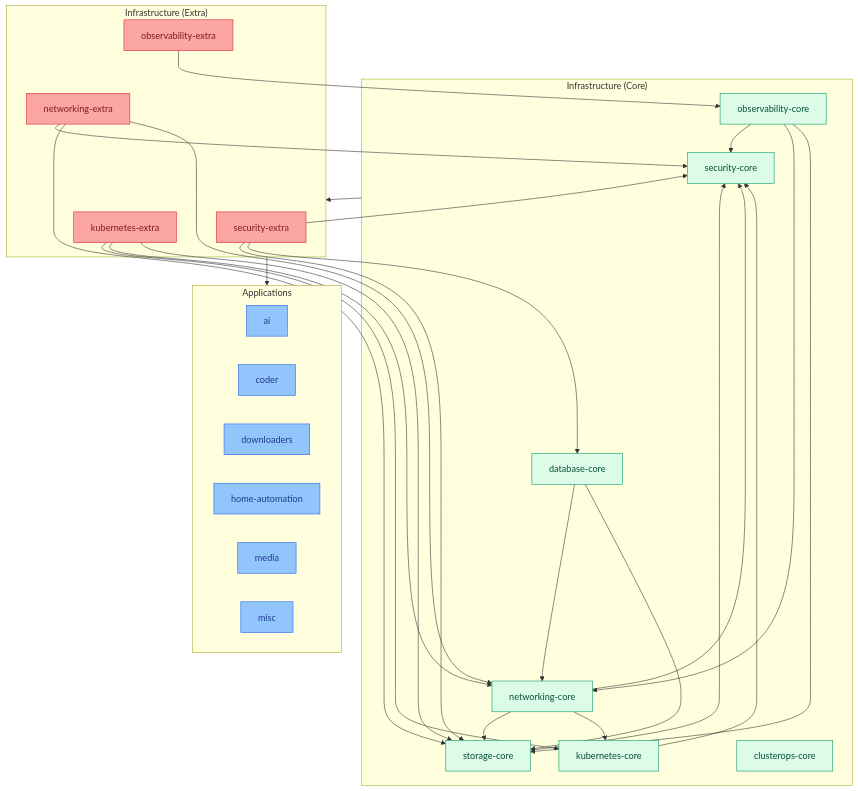
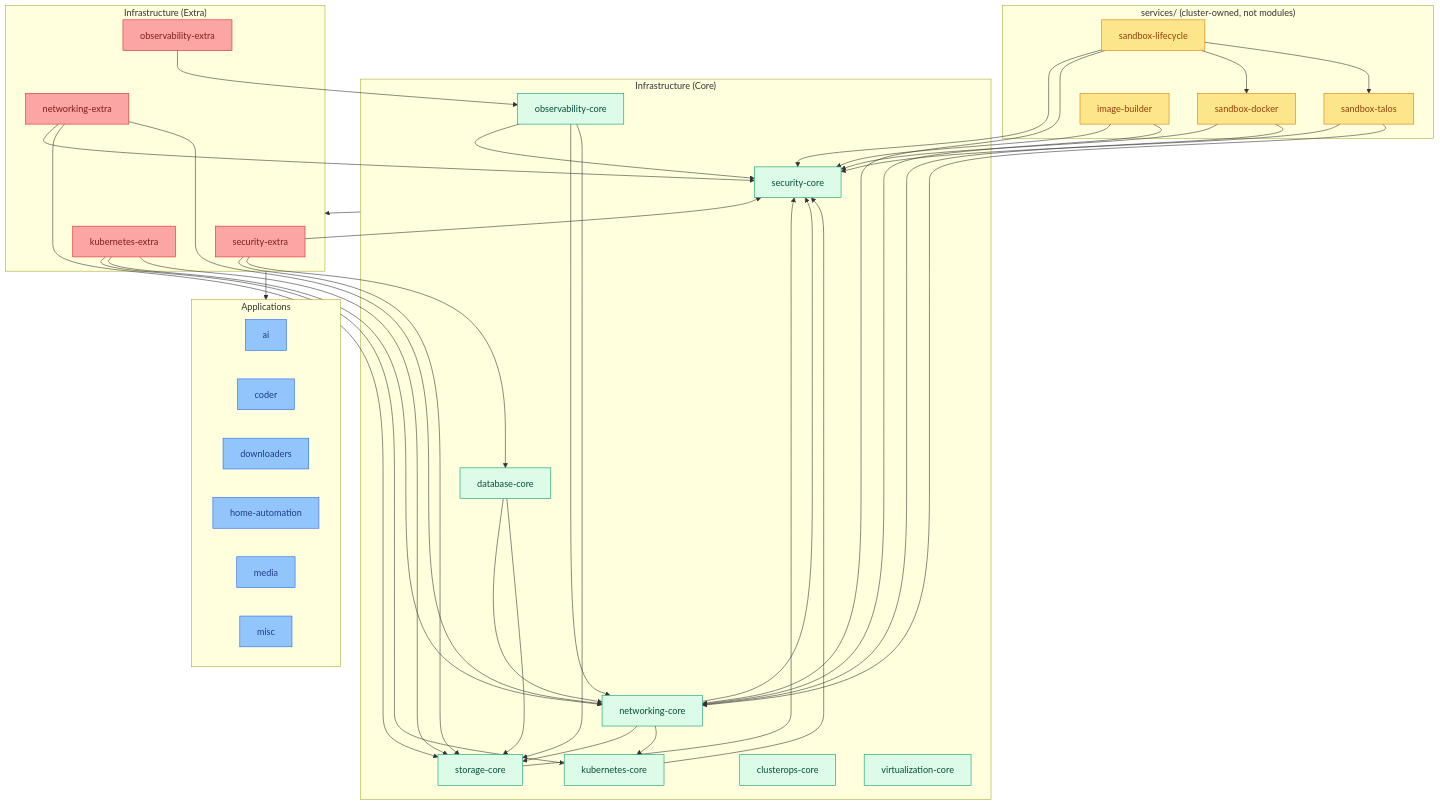
The diagram in clusters/homelab/README.md (ppat/homelab-ops-kubernetes-clusters), drawn with Mermaid before and after one commit. The commit also changed other lines of this file and 3 other files, not shown here.

First line of the commit message:
docs(cluster-homelab): close doc drift from virtualization-core, sandbox, and in-flight rollouts

````diff
--- a/clusters/homelab/README.md
+++ b/clusters/homelab/README.md
@@ -61,45 +66,59 @@
 ```mermaid
 flowchart TB
     classDef core fill:#dcfce7,stroke:#059669,color:#064e3b
     classDef extra fill:#fca5a5,stroke:#dc2626,color:#7f1d1d
     classDef apps fill:#93c5fd,stroke:#2563eb,color:#1e3a8a
+    classDef svc fill:#fde68a,stroke:#d97706,color:#92400e
 
     subgraph Core["Infrastructure (Core)"]
         sec[security-core]:::core
         store[storage-core]:::core
         k8s[kubernetes-core]:::core
         net[networking-core]:::core
         db[database-core]:::core
         obs[observability-core]:::core
         ops[clusterops-core]:::core
+        virt[virtualization-core]:::core
     end
 
     subgraph Extra["Infrastructure (Extra)"]
         secx[security-extra]:::extra
         netx[networking-extra]:::extra
         k8sx[kubernetes-extra]:::extra
         obsx[observability-extra]:::extra
     end
 
     subgraph Apps["Applications"]
         ai:::apps
         coder:::apps
         downloaders:::apps
         homeauto[home-automation]:::apps
         media:::apps
         misc:::apps
     end
 
+    subgraph Owned["services/ (cluster-owned, not modules)"]
+        sboxdocker[sandbox-docker]:::svc
+        sboxtalos[sandbox-talos]:::svc
+        sboxlifecycle[sandbox-lifecycle]:::svc
+        imgbuilder[image-builder]:::svc
+    end
+
     store --> sec
     k8s --> sec
     net --> sec & store & k8s
     db --> net & store
     obs --> sec & net & store
 
     secx --> sec & store & db
     netx --> sec & store & net
     k8sx --> k8s & net & store
     obsx --> obs
 
+    sboxdocker --> sec & net
+    sboxtalos --> sec & net
+    sboxlifecycle --> sec & net & sboxdocker & sboxtalos
+    imgbuilder --> sec & net
+
     Core --> Extra --> Apps
 ```
````
